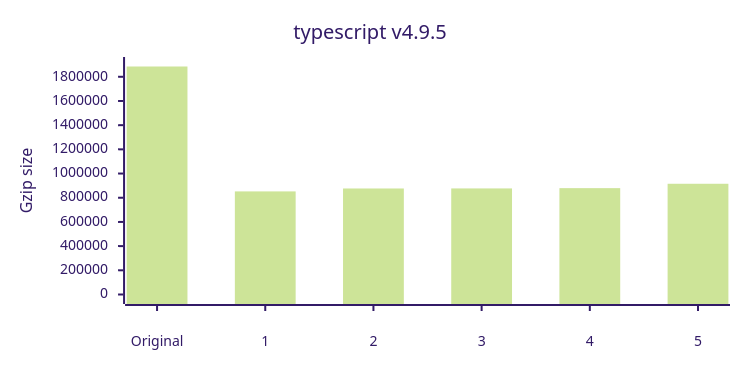
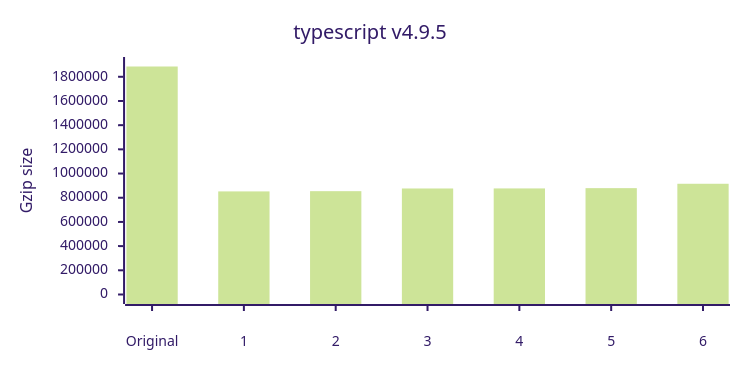
Before and after one commit to privatenumber/minification-benchmarks: diagram 12 of 12 in README.md, drawn with Mermaid (forest theme). The commit also changed other lines of this file and 9 other files, not shown here.

````diff
--- a/README.md
+++ b/README.md
@@ -515,17 +515,17 @@
 ```mermaid
 ---
 config:
     xyChart:
         width: 720
         height: 360
         xAxis:
             labelPadding: 20
         yAxis:
             labelPadding: 10
 ---
 xychart-beta
 	title "typescript v4.9.5"
-	x-axis ["Original",1,2,3,4,5]
+	x-axis ["Original",1,2,3,4,5,6]
 	y-axis "Gzip size" 0 --> 1884998
-	bar [1884998,852335,876535,876924,879301,915495]
+	bar [1884998,852335,854273,876535,876924,879301,915495]
 ```
````
